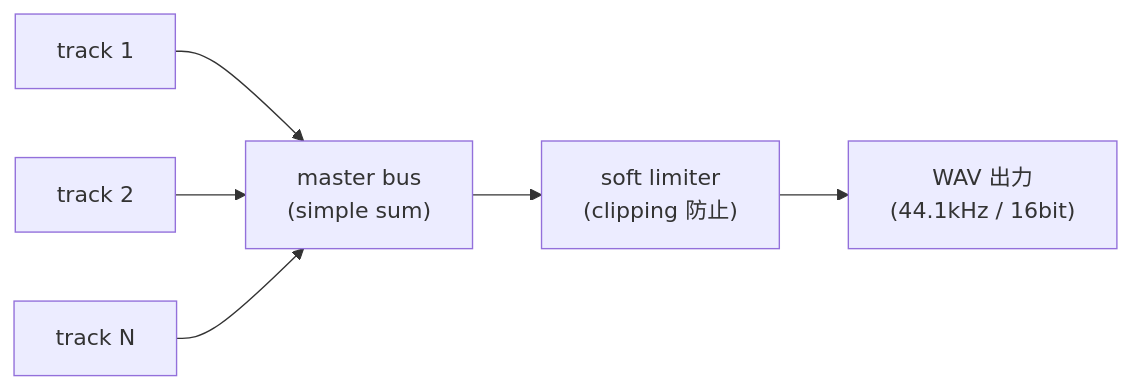
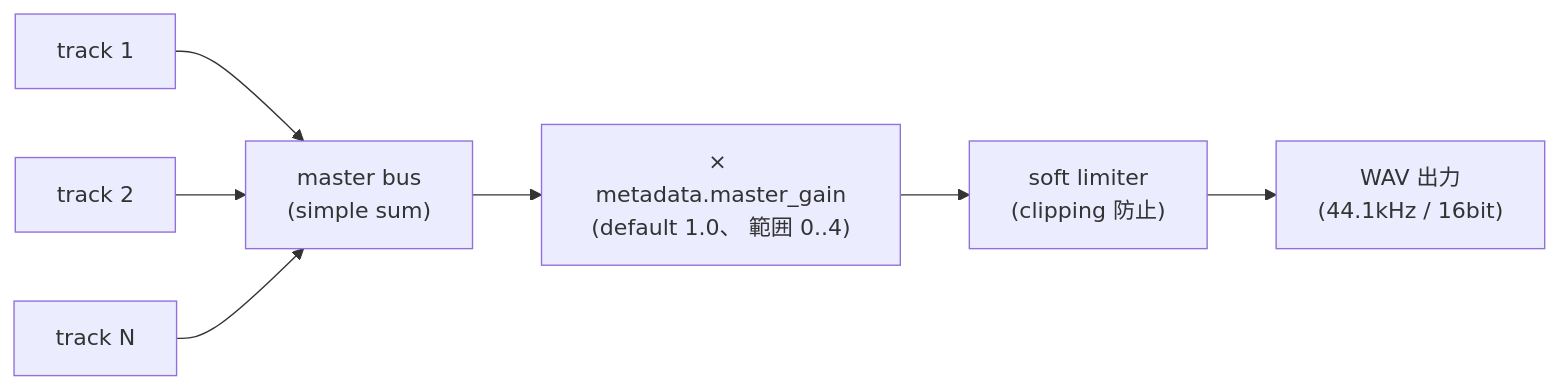
One commit to krtw00/codetta changed the third of 7 diagrams in docs/design/05-sound.md. Above: the diagram before and after it, drawn with Mermaid. The commit also changed 5 other files, not shown here.

First line of the commit message:
feat: post-mix gain として metadata.master_gain を追加

````diff
--- a/docs/design/05-sound.md
+++ b/docs/design/05-sound.md
@@ -50,8 +50,9 @@
 ```mermaid
 flowchart LR
     T1[track 1] --> Bus["master bus<br/>(simple sum)"]
     T2[track 2] --> Bus
     Tn[track N] --> Bus
-    Bus --> Lim["soft limiter<br/>(clipping 防止)"]
+    Bus --> Mg["× metadata.master_gain<br/>(default 1.0、 範囲 0..4)"]
+    Mg --> Lim["soft limiter<br/>(clipping 防止)"]
     Lim --> Wav["WAV 出力<br/>(44.1kHz / 16bit)"]
 ```
````
